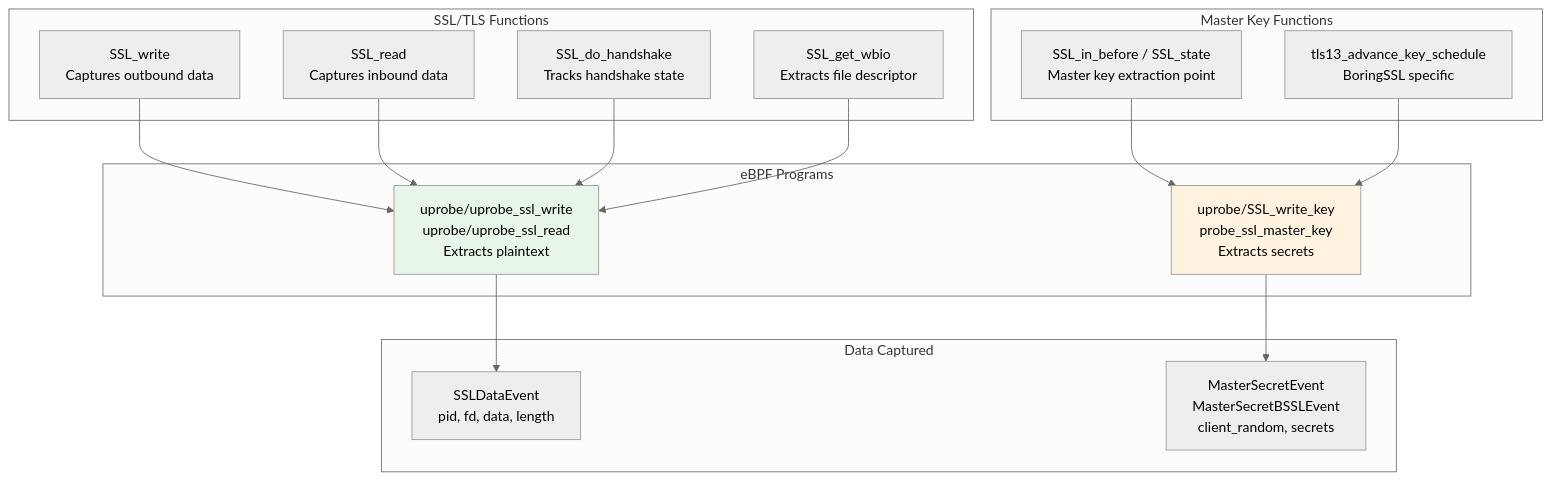
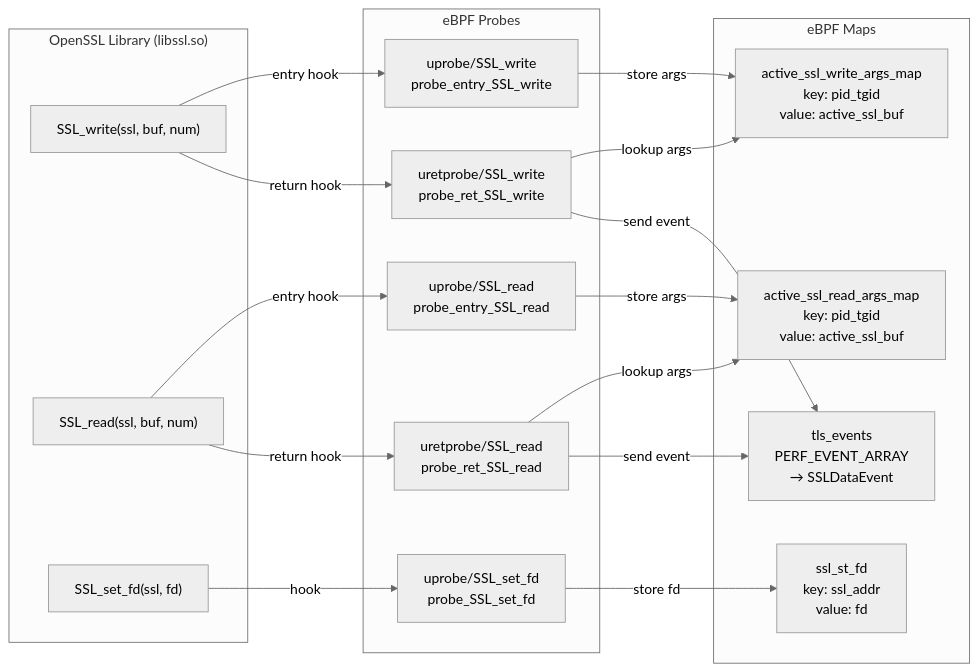
The third of 11 diagrams in src/en/3-capture-modules/3.1.1-openssl-module.md (gojue/ecapture.cc), drawn with Mermaid (neutral theme) before and after one commit. The commit also changed other lines of this file and 115 other files, not shown here.

````diff
--- a/src/en/3-capture-modules/3.1.1-openssl-module.md
+++ b/src/en/3-capture-modules/3.1.1-openssl-module.md
@@ -205,38 +186,38 @@
 ```mermaid
-graph TB
-    subgraph "SSL/TLS Functions"
-        SSL_WRITE["SSL_write<br/>Captures outbound data"]
-        SSL_READ["SSL_read<br/>Captures inbound data"]
-        SSL_HANDSHAKE["SSL_do_handshake<br/>Tracks handshake state"]
-        SSL_WBIO["SSL_get_wbio<br/>Extracts file descriptor"]
+flowchart LR
+    subgraph "OpenSSL Library (libssl.so)"
+        SSL_write["SSL_write(ssl, buf, num)"]
+        SSL_read["SSL_read(ssl, buf, num)"]
+        SSL_set_fd["SSL_set_fd(ssl, fd)"]
     end
     
-    subgraph "Master Key Functions"
-        SSL_STATE["SSL_in_before / SSL_state<br/>Master key extraction point"]
-        BORING_HOOK["tls13_advance_key_schedule<br/>BoringSSL specific"]
+    subgraph "eBPF Probes"
+        entry_write["uprobe/SSL_write<br/>probe_entry_SSL_write"]
+        ret_write["uretprobe/SSL_write<br/>probe_ret_SSL_write"]
+        entry_read["uprobe/SSL_read<br/>probe_entry_SSL_read"]
+        ret_read["uretprobe/SSL_read<br/>probe_ret_SSL_read"]
+        setfd["uprobe/SSL_set_fd<br/>probe_SSL_set_fd"]
     end
     
-    subgraph "eBPF Programs"
-        DATA_PROBE["uprobe/uprobe_ssl_write<br/>uprobe/uprobe_ssl_read<br/>Extracts plaintext"]
-        KEY_PROBE["uprobe/SSL_write_key<br/>probe_ssl_master_key<br/>Extracts secrets"]
+    subgraph "eBPF Maps"
+        write_args["active_ssl_write_args_map<br/>key: pid_tgid<br/>value: active_ssl_buf"]
+        read_args["active_ssl_read_args_map<br/>key: pid_tgid<br/>value: active_ssl_buf"]
+        ssl_fd_map["ssl_st_fd<br/>key: ssl_addr<br/>value: fd"]
+        tls_events["tls_events<br/>PERF_EVENT_ARRAY<br/>→ SSLDataEvent"]
     end
     
-    subgraph "Data Captured"
-        PLAINTEXT["SSLDataEvent<br/>pid, fd, data, length"]
-        KEYS["MasterSecretEvent<br/>MasterSecretBSSLEvent<br/>client_random, secrets"]
-    end
+    SSL_write -->|"entry hook"| entry_write
+    SSL_write -->|"return hook"| ret_write
+    SSL_read -->|"entry hook"| entry_read
+    SSL_read -->|"return hook"| ret_read
+    SSL_set_fd -->|"hook"| setfd
     
-    SSL_WRITE --> DATA_PROBE
-    SSL_READ --> DATA_PROBE
-    SSL_HANDSHAKE --> DATA_PROBE
-    SSL_WBIO --> DATA_PROBE
+    entry_write -->|"store args"| write_args
+    entry_read -->|"store args"| read_args
+    ret_write -->|"lookup args"| write_args
+    ret_read -->|"lookup args"| read_args
+    setfd -->|"store fd"| ssl_fd_map
     
-    SSL_STATE --> KEY_PROBE
-    BORING_HOOK --> KEY_PROBE
-    
-    DATA_PROBE --> PLAINTEXT
-    KEY_PROBE --> KEYS
-    
-    style DATA_PROBE fill:#e8f5e9
-    style KEY_PROBE fill:#fff3e0
+    ret_write -->|"send event"| tls_events
+    ret_read -->|"send event"| tls_events
 ```
````
